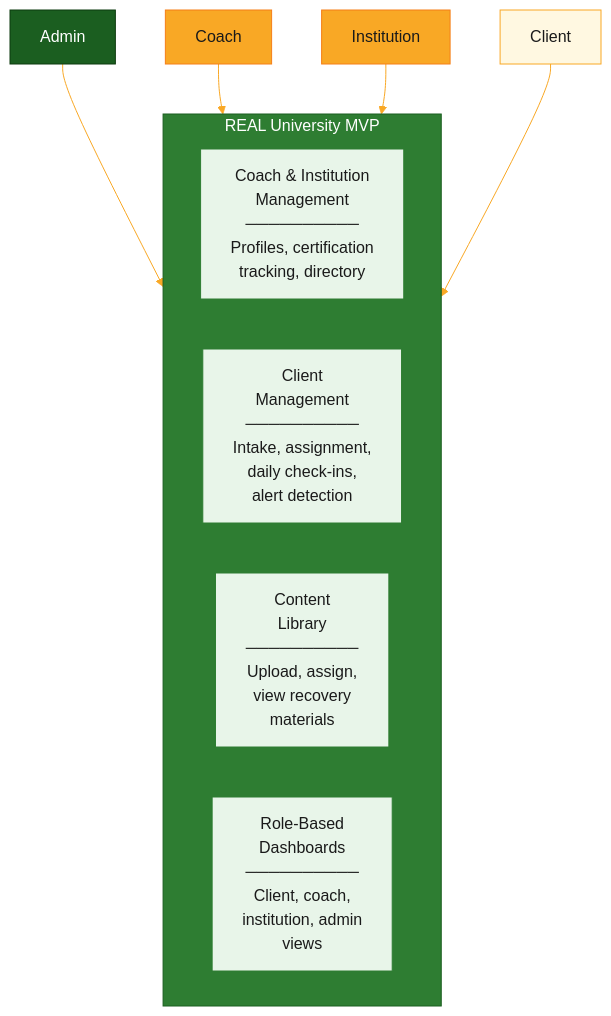
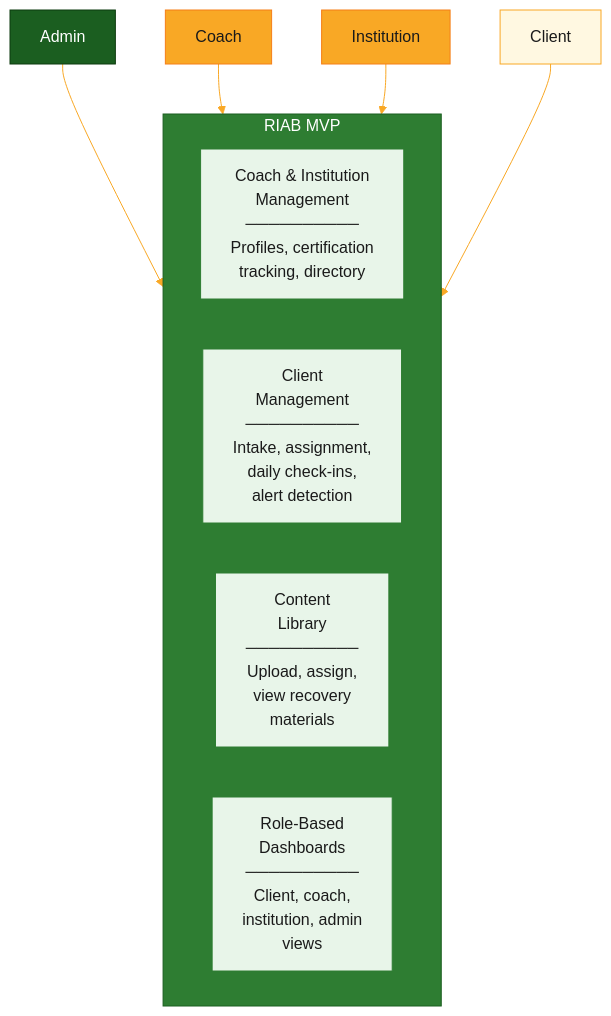
One commit to hermitex/riab changed the first of 7 diagrams in proposal/REAL-University-Platform-Proposal.md. Above: the diagram before and after it, drawn with Mermaid. The commit also changed other lines of this file, not shown here.

````diff
--- a/proposal/REAL-University-Platform-Proposal.md
+++ b/proposal/REAL-University-Platform-Proposal.md
@@ -35,26 +35,26 @@
 ```mermaid
 %%{init: {'theme': 'base', 'themeVariables': { 'primaryColor': '#2E7D32', 'primaryTextColor': '#fff', 'lineColor': '#F9A825'}}}%%
 graph TB
-    subgraph PLATFORM["REAL University MVP"]
+    subgraph PLATFORM["RIAB MVP"]
         direction LR
         M1["Coach & Institution<br/>Management<br/>──────────<br/>Profiles, certification<br/>tracking, directory"]
         M2["Client<br/>Management<br/>──────────<br/>Intake, assignment,<br/>daily check-ins,<br/>alert detection"]
         M3["Content<br/>Library<br/>──────────<br/>Upload, assign,<br/>view recovery<br/>materials"]
         M4["Role-Based<br/>Dashboards<br/>──────────<br/>Client, coach,<br/>institution, admin<br/>views"]
     end
 
     ADMIN["Admin"] --> PLATFORM
     COACH["Coach"] --> PLATFORM
     INST["Institution"] --> PLATFORM
     CLIENT["Client"] --> PLATFORM
 
     style PLATFORM fill:#2E7D32,stroke:#1B5E20,color:#fff
     style M1 fill:#E8F5E9,stroke:#2E7D32,color:#1A1A1A
     style M2 fill:#E8F5E9,stroke:#2E7D32,color:#1A1A1A
     style M3 fill:#E8F5E9,stroke:#2E7D32,color:#1A1A1A
     style M4 fill:#E8F5E9,stroke:#2E7D32,color:#1A1A1A
     style ADMIN fill:#1B5E20,stroke:#0D3B0E,color:#fff
     style COACH fill:#F9A825,stroke:#F57F17,color:#1A1A1A
     style INST fill:#F9A825,stroke:#F57F17,color:#1A1A1A
     style CLIENT fill:#FFF8E1,stroke:#F9A825,color:#1A1A1A
 ```
````
